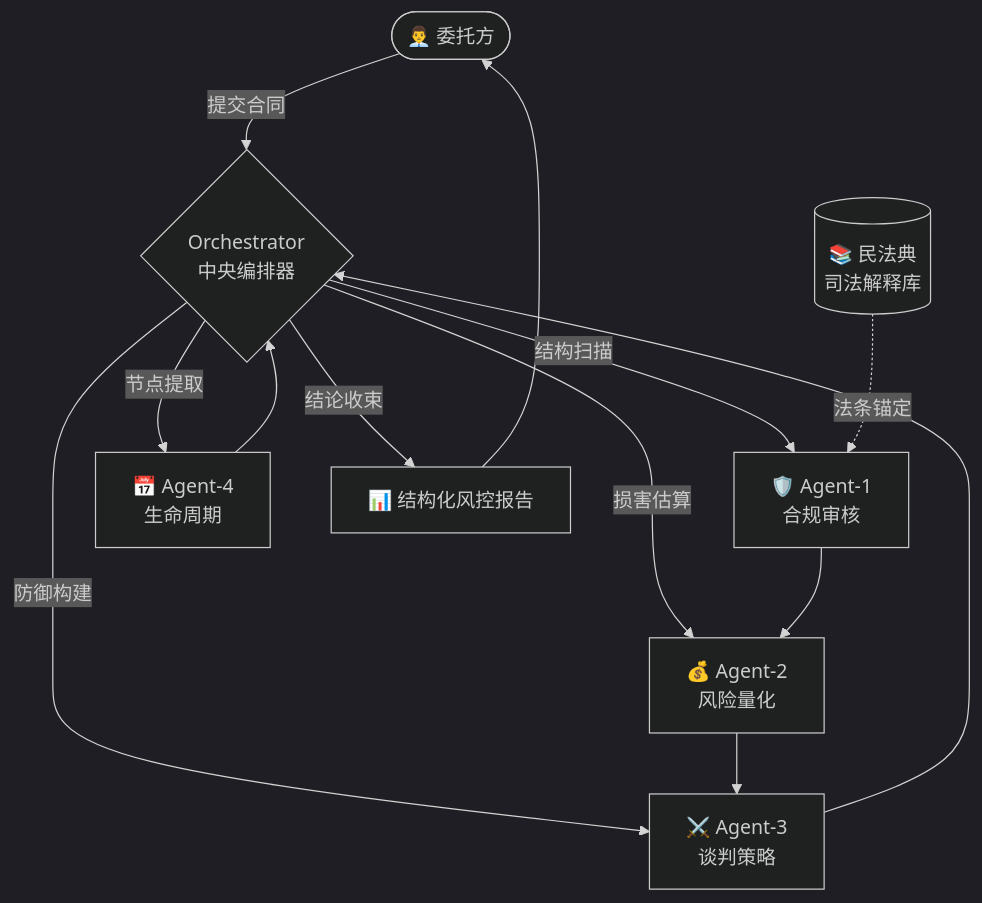
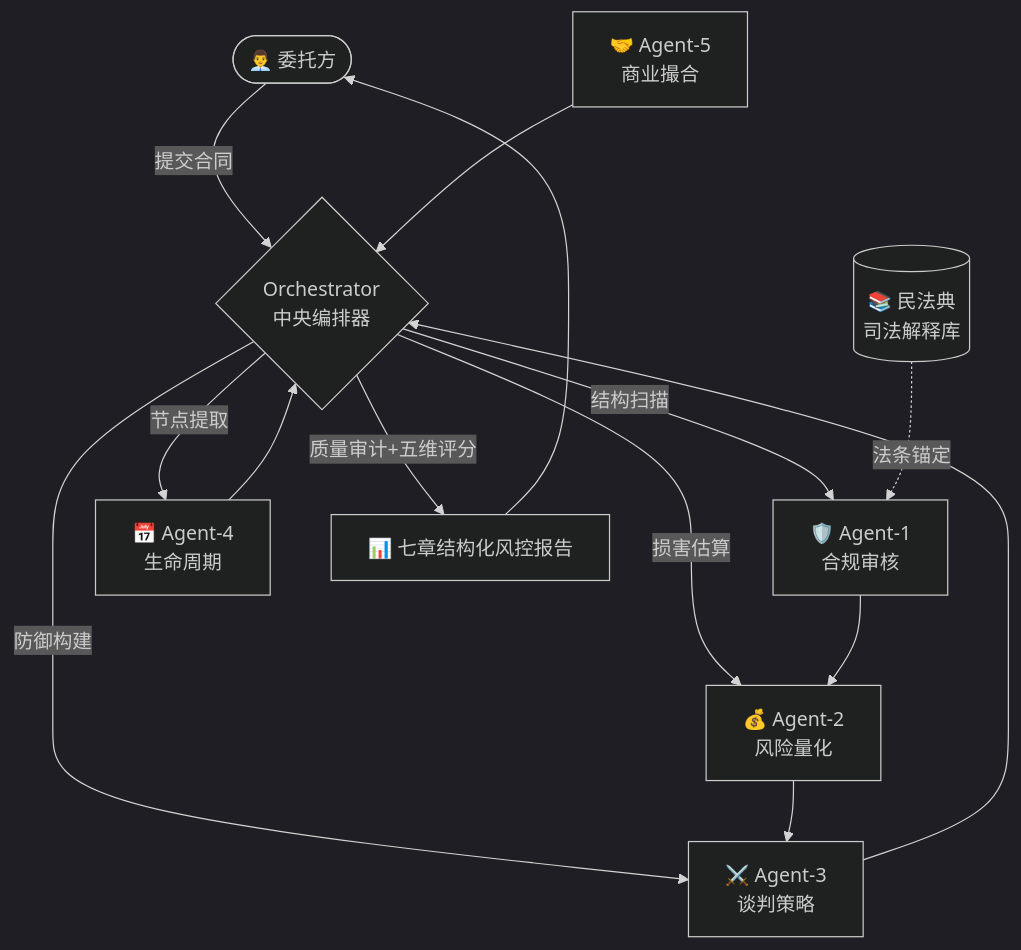
One commit to evan66547/Contract-Reviewer-Agent-Eval changed the diagram in README.md. Above: the diagram before and after it, drawn with Mermaid (dark theme). The commit also changed other lines of this file and 3 other files, not shown here.

````diff
--- a/README.md
+++ b/README.md
@@ -140,13 +144,14 @@
 ```mermaid
 graph TD
     User(["👨‍💼 委托方"]) -->|"提交合同"| ORC{"Orchestrator<br>中央编排器"}
     ORC -->|"结构扫描"| A1["🛡️ Agent-1<br>合规审核"]
     ORC -->|"损害估算"| A2["💰 Agent-2<br>风险量化"]
     ORC -->|"防御构建"| A3["⚔️ Agent-3<br>谈判策略"]
     ORC -->|"节点提取"| A4["📅 Agent-4<br>生命周期"]
     RAG[("📚 民法典<br>司法解释库")] -.->|"法条锚定"| A1
     A1 --> A2 --> A3 --> ORC
     A4 --> ORC
-    ORC -->|"结论收束"| OUTPUT["📊 结构化风控报告"]
+    A5["🤝 Agent-5<br>商业撮合"] --> ORC
+    ORC -->|"质量审计+五维评分"| OUTPUT["📊 七章结构化风控报告"]
     OUTPUT --> User
 ```
````
